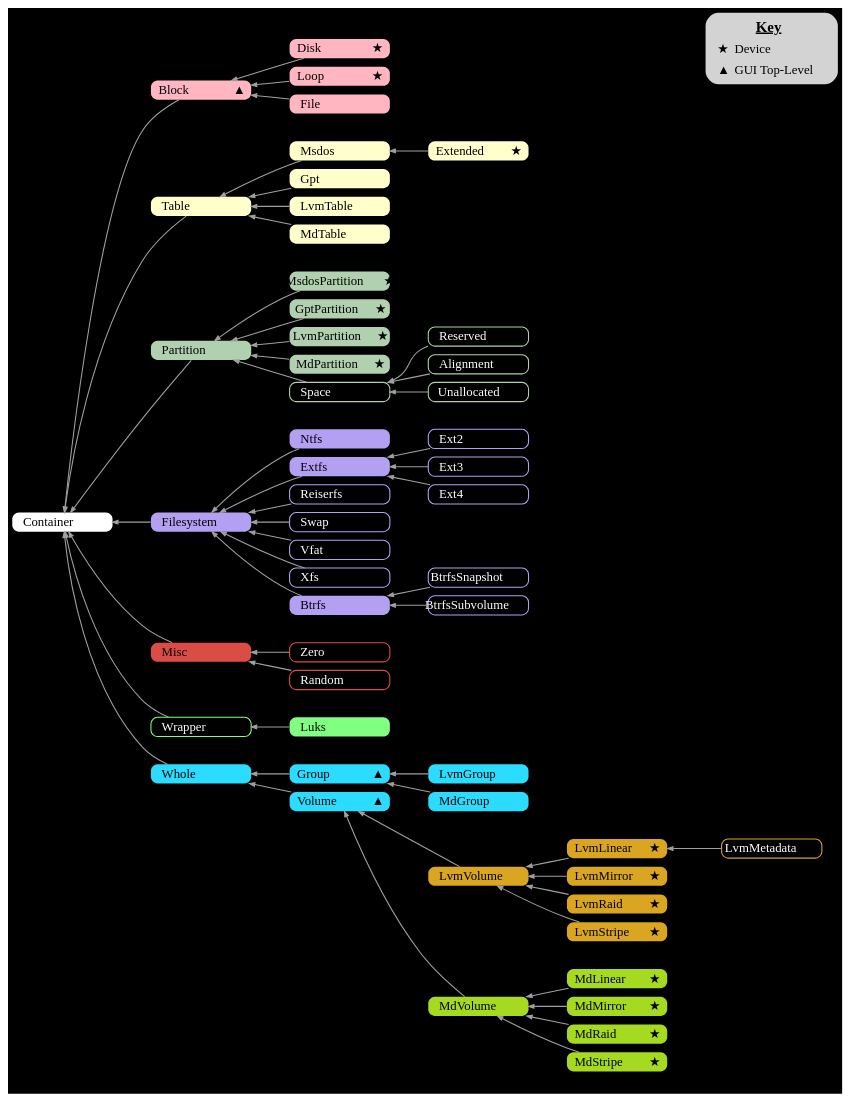
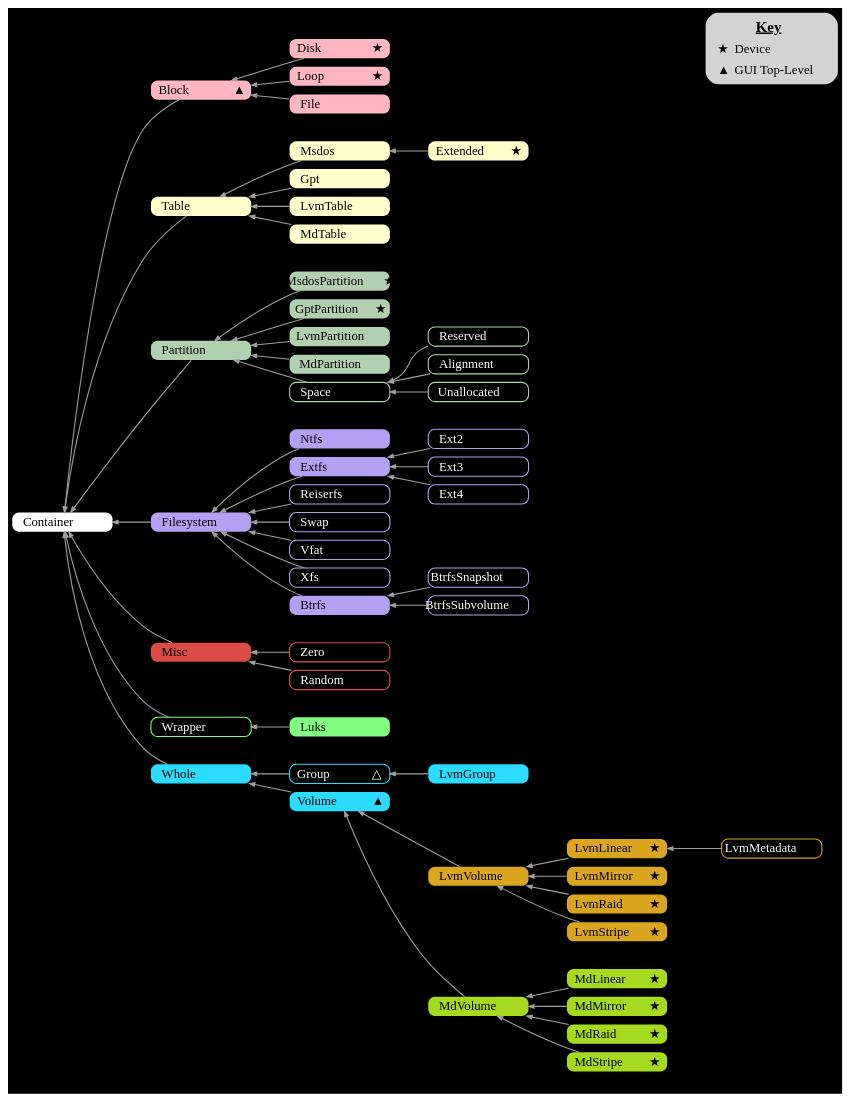
One commit to flatcap/dparted changed the diagram in gfx/class_dparted.gv. Above: the diagram before and after it, drawn with Graphviz. The commit also changed 10 other files, not shown here.

```diff
--- a/gfx/class_dparted.gv
+++ b/gfx/class_dparted.gv
@@ -48,8 +48,8 @@
 	Partition      [ fillcolor="#B0D0B0"                                    label=< <table border="0" cellspacing="0" cellpadding="0"> <tr><td width="70" align="left">Partition</td><td>&nbsp;</td></tr> </table> > ]
 	MsdosPartition [ fillcolor="#B0D0B0"                                    label=< <table border="0" cellspacing="0" cellpadding="0"> <tr><td width="70" align="left">MsdosPartition</td><td>★</td></tr> </table> > ]
 	GptPartition   [ fillcolor="#B0D0B0"                                    label=< <table border="0" cellspacing="0" cellpadding="0"> <tr><td width="70" align="left">GptPartition</td><td>★</td></tr> </table> > ]
-	LvmPartition   [ fillcolor="#B0D0B0"                                    label=< <table border="0" cellspacing="0" cellpadding="0"> <tr><td width="70" align="left">LvmPartition</td><td>★</td></tr> </table> > ]
-	MdPartition    [ fillcolor="#B0D0B0"                                    label=< <table border="0" cellspacing="0" cellpadding="0"> <tr><td width="70" align="left">MdPartition</td><td>★</td></tr> </table> > ]
+	LvmPartition   [ fillcolor="#B0D0B0"                                    label=< <table border="0" cellspacing="0" cellpadding="0"> <tr><td width="70" align="left">LvmPartition</td><td>&nbsp;</td></tr> </table> > ]
+	MdPartition    [ fillcolor="#B0D0B0"                                    label=< <table border="0" cellspacing="0" cellpadding="0"> <tr><td width="70" align="left">MdPartition</td><td>&nbsp;</td></tr> </table> > ]
 
 	Space          [ color="#B0D0B0" fontcolor=white style=solid penwidth=1 label=< <table border="0" cellspacing="0" cellpadding="0"> <tr><td width="70" align="left">Space</td><td>&nbsp;</td></tr> </table> > ]
 	Reserved       [ color="#B0D0B0" fontcolor=white style=solid penwidth=1 label=< <table border="0" cellspacing="0" cellpadding="0"> <tr><td width="70" align="left">Reserved</td><td>&nbsp;</td></tr> </table> > ]
@@ -84,9 +84,8 @@
 
 	Volume         [ fillcolor="#2BDCFF"                                    label=< <table border="0" cellspacing="0" cellpadding="0"> <tr><td width="70" align="left">Volume</td><td>▲</td></tr> </table> > ]
 	Whole          [ fillcolor="#2BDCFF"                                    label=< <table border="0" cellspacing="0" cellpadding="0"> <tr><td width="70" align="left">Whole</td><td>&nbsp;</td></tr> </table> > ]
-	Group          [ fillcolor="#2BDCFF"                                    label=< <table border="0" cellspacing="0" cellpadding="0"> <tr><td width="70" align="left">Group</td><td>▲</td></tr> </table> > ]
+	Group          [ color="#2BDCFF" fontcolor=white style=solid penwidth=1 label=< <table border="0" cellspacing="0" cellpadding="0"> <tr><td width="70" align="left">Group</td><td>△</td></tr> </table> > ]
 	LvmGroup       [ fillcolor="#2BDCFF"                                    label=< <table border="0" cellspacing="0" cellpadding="0"> <tr><td width="70" align="left">LvmGroup</td><td>&nbsp;</td></tr> </table> > ]
-	MdGroup        [ fillcolor="#2BDCFF"                                    label=< <table border="0" cellspacing="0" cellpadding="0"> <tr><td width="70" align="left">MdGroup</td><td>&nbsp;</td></tr> </table> > ]
 
 	LvmLinear      [ fillcolor="#DAA520"                                    label=< <table border="0" cellspacing="0" cellpadding="0"> <tr><td width="70" align="left">LvmLinear</td><td>★</td></tr> </table> > ]
 	LvmMirror      [ fillcolor="#DAA520"                                    label=< <table border="0" cellspacing="0" cellpadding="0"> <tr><td width="70" align="left">LvmMirror</td><td>★</td></tr> </table> > ]
@@ -188,7 +187,6 @@
 		color=transparent;
 
 		LvmGroup             -> Group;
-		MdGroup              -> Group;
 		Group                -> Whole;
 		Volume               -> Whole;
 	}
```
